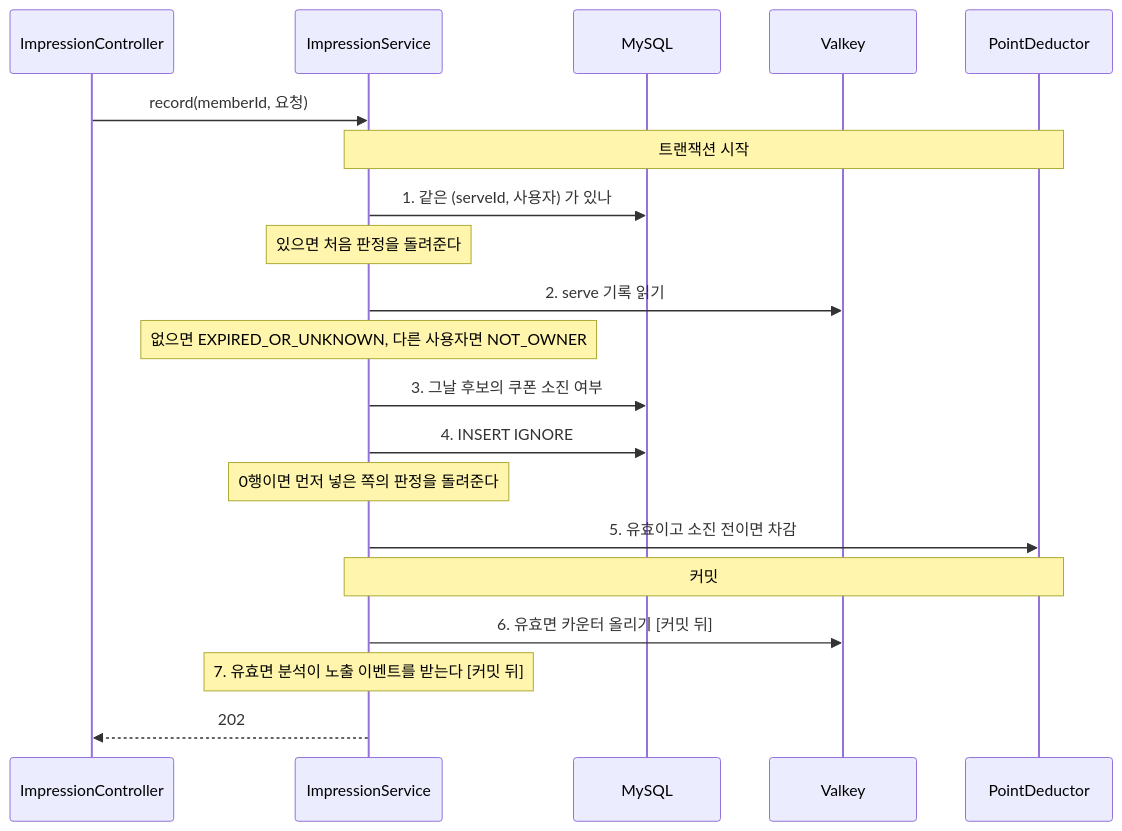
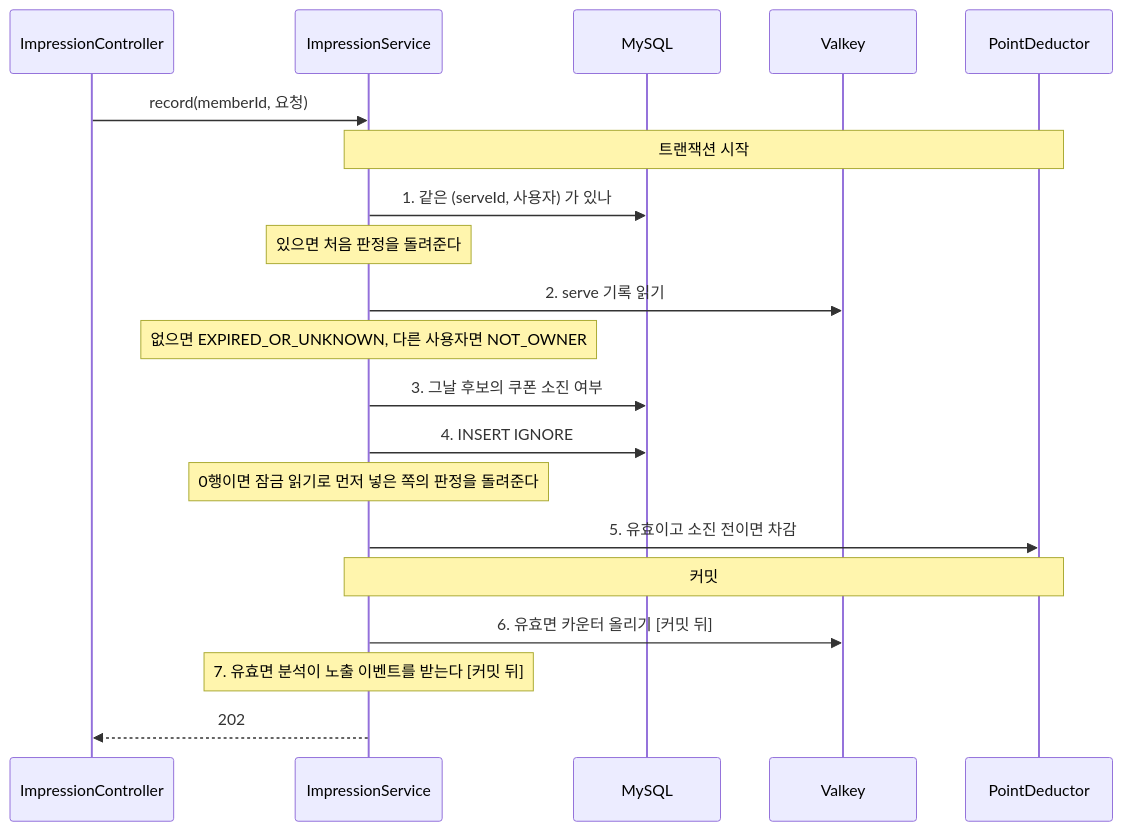
One commit to lunch-catch/lc-backend changed the third of 5 diagrams in docs/design/adserving/adserving_구조와_동작_설계.md. Above: the diagram before and after it, drawn with Mermaid. The commit also changed other lines of this file and 4 other files, not shown here.

Commit message:
fix: 같은 노출이 동시에 오면 늦은 요청도 처음 판정을 돌려준다 (#781)

````diff
--- a/docs/design/adserving/adserving_구조와_동작_설계.md
+++ b/docs/design/adserving/adserving_구조와_동작_설계.md
@@ -434,22 +434,22 @@
 ```mermaid
 sequenceDiagram
     participant C as ImpressionController
     participant S as ImpressionService
     participant DB as MySQL
     participant V as Valkey
     participant P as PointDeductor
     C->>S: record(memberId, 요청)
     Note over S,P: 트랜잭션 시작
     S->>DB: 1. 같은 (serveId, 사용자) 가 있나
     Note over S: 있으면 처음 판정을 돌려준다
     S->>V: 2. serve 기록 읽기
     Note over S: 없으면 EXPIRED_OR_UNKNOWN, 다른 사용자면 NOT_OWNER
     S->>DB: 3. 그날 후보의 쿠폰 소진 여부
     S->>DB: 4. INSERT IGNORE
-    Note over S: 0행이면 먼저 넣은 쪽의 판정을 돌려준다
+    Note over S: 0행이면 잠금 읽기로 먼저 넣은 쪽의 판정을 돌려준다
     S->>P: 5. 유효이고 소진 전이면 차감
     Note over S,P: 커밋
     S->>V: 6. 유효면 카운터 올리기 [커밋 뒤]
     Note over S: 7. 유효면 분석이 노출 이벤트를 받는다 [커밋 뒤]
     S-->>C: 202
 ```
````
